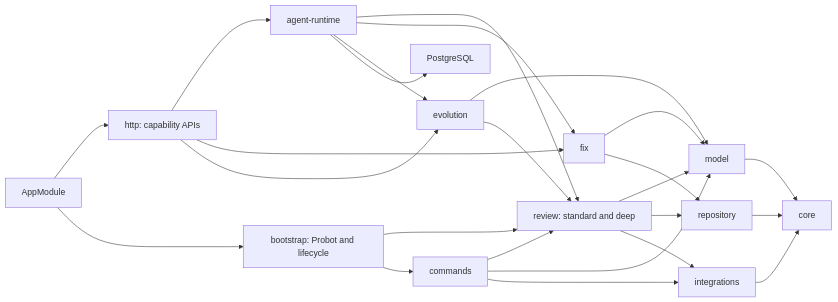
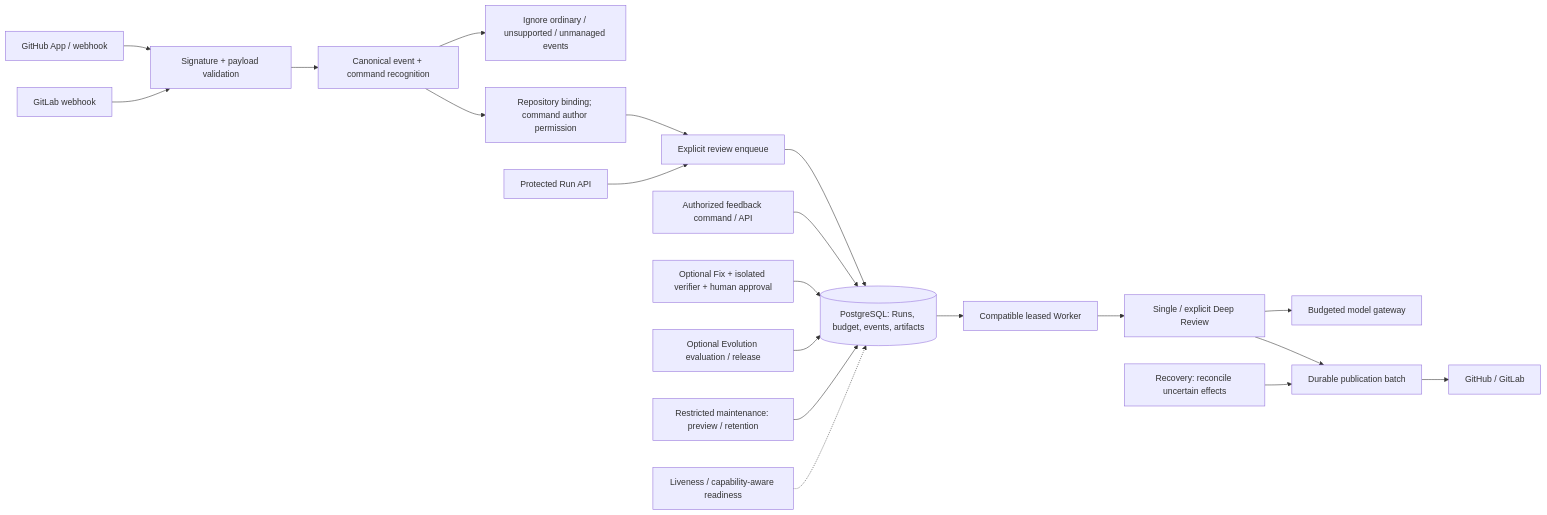
The second of 5 diagrams in README.md (condevtools/pr-agent), drawn with Mermaid before and after one commit. The commit also changed other lines of this file and 57 other files, not shown here.

Commit message:
refactor(review): remove legacy paths and finalize runtime boundaries

````diff
--- a/README.md
+++ b/README.md
@@ -183,27 +118,22 @@
 ```mermaid
-graph LR
-    APP[AppModule] --> HTTP[http: capability APIs]
-    APP --> BOOT[bootstrap: Probot and lifecycle]
-    HTTP --> RUN[agent-runtime]
-    HTTP --> FIX[fix]
-    HTTP --> EVO[evolution]
-    BOOT --> REV[review: standard and deep]
-    BOOT --> CMD[commands]
-    RUN --> REV
-    RUN --> FIX
-    RUN --> EVO
-    RUN --> PG[PostgreSQL]
-    REV --> MODEL[model]
-    REV --> REPO[repository]
-    REV --> INT[integrations]
-    CMD --> REV
-    CMD --> MODEL
-    CMD --> INT
-    FIX --> MODEL
-    FIX --> REPO
-    EVO --> MODEL
-    EVO --> REV
-    MODEL --> CORE[core]
-    REPO --> CORE
-    INT --> CORE
+flowchart LR
+    GH[GitHub App / webhook] --> SIGN[Signature + payload validation]
+    GL[GitLab webhook] --> SIGN
+    SIGN --> ROUTE[Canonical event + command recognition]
+    ROUTE --> IGNORE[Ignore ordinary / unsupported / unmanaged events]
+    ROUTE --> AUTH[Repository binding; command author permission]
+    AUTH --> ENQUEUE[Explicit review enqueue]
+    API[Protected Run API] --> ENQUEUE
+    ENQUEUE --> PG[(PostgreSQL: Runs, budget, events, artifacts)]
+    PG --> WORKER[Compatible leased Worker]
+    WORKER --> REVIEW[Single / explicit Deep Review]
+    REVIEW --> MODEL[Budgeted model gateway]
+    REVIEW --> PUB[Durable publication batch]
+    PUB --> PROVIDER[GitHub / GitLab]
+    RECOVERY[Recovery: reconcile uncertain effects] --> PUB
+    FEEDBACK[Authorized feedback command / API] --> PG
+    FIX[Optional Fix + isolated verifier + human approval] --> PG
+    EVOLUTION[Optional Evolution evaluation / release] --> PG
+    MAINT[Restricted maintenance: preview / retention] --> PG
+    HEALTH[Liveness / capability-aware readiness] -.-> PG
 ```
````
